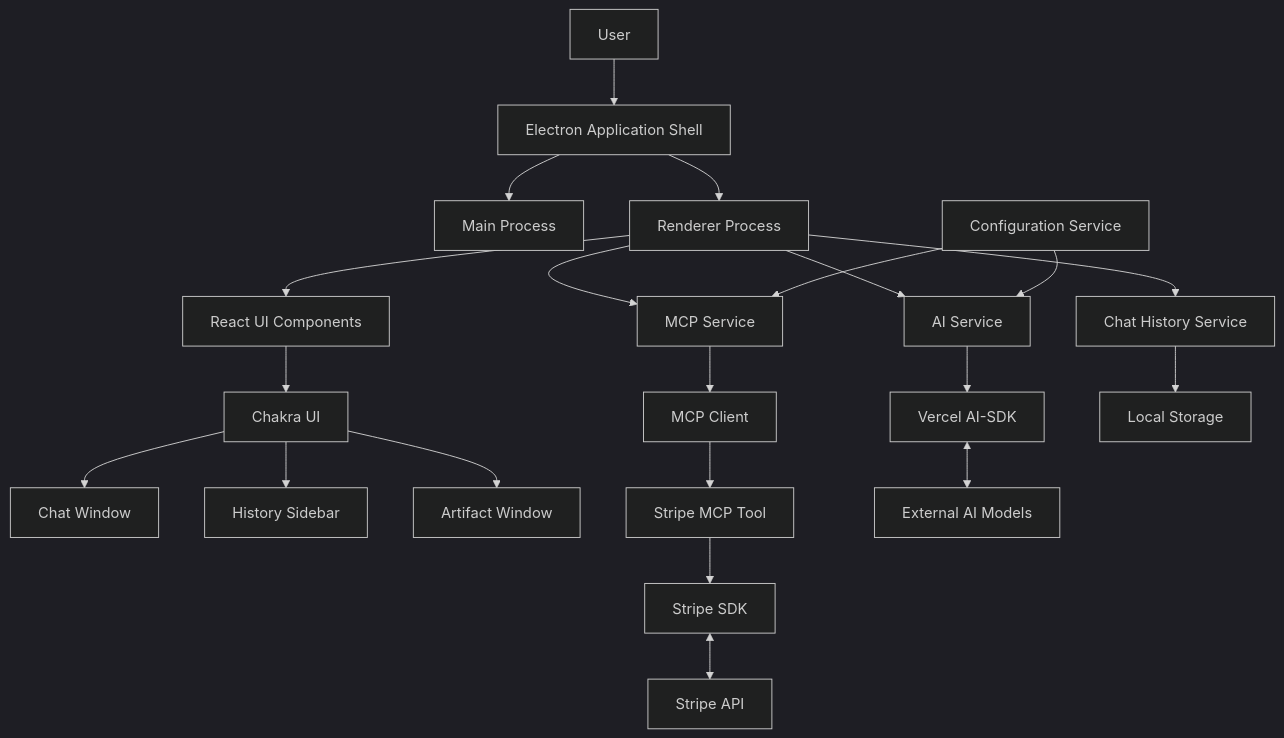
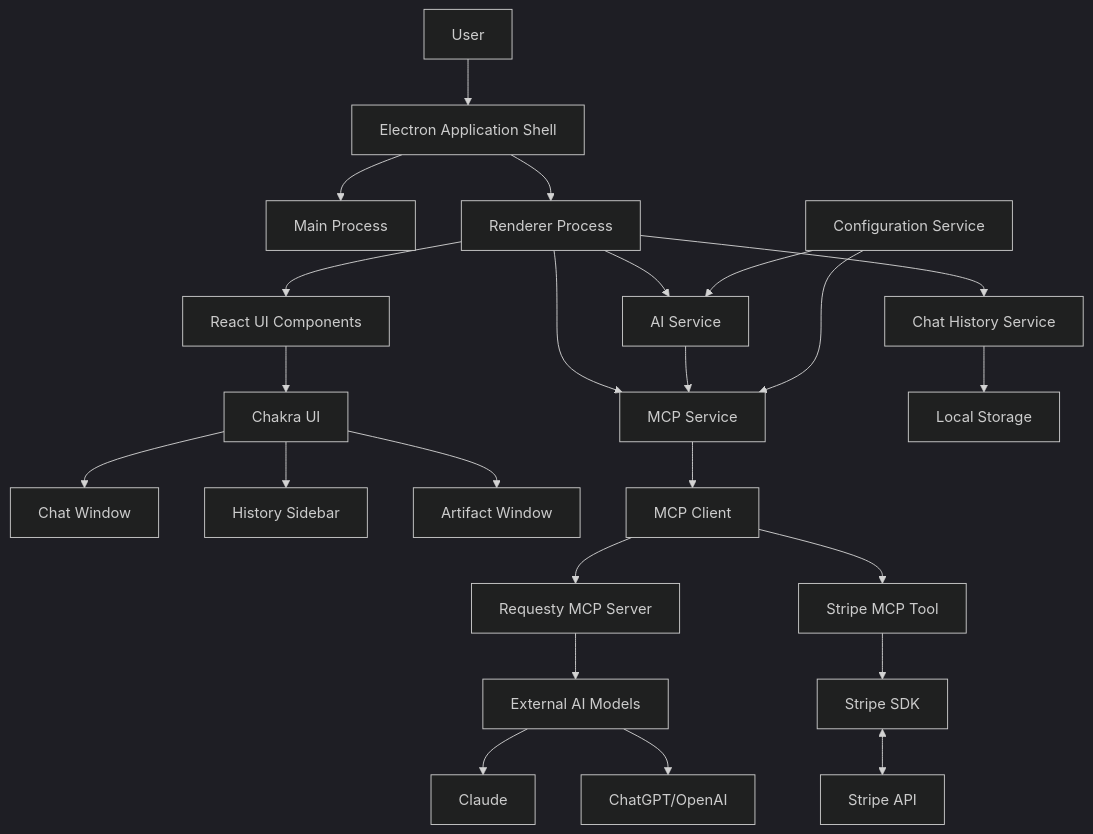
One commit to analytiq-hub/vibestation2 changed the diagram in docs/architecture-index.md. Above: the diagram before and after it, drawn with Mermaid (dark theme). The commit also changed other lines of this file and 1 other file, not shown here.

````diff
--- a/docs/architecture-index.md
+++ b/docs/architecture-index.md
@@ -25,30 +27,34 @@
 ```mermaid
 graph TD
     User[User] --> ElectronShell[Electron Application Shell]
     ElectronShell --> MainProcess[Main Process]
     ElectronShell --> RendererProcess[Renderer Process]
     
     RendererProcess --> ReactUIComponents[React UI Components]
     ReactUIComponents --> ChakraUI[Chakra UI]
     ChakraUI --> ChatWindow[Chat Window]
     ChakraUI --> HistorySidebar[History Sidebar]
     ChakraUI --> ArtifactWindow[Artifact Window]
     
     RendererProcess --> AIService[AI Service]
     RendererProcess --> MCPService[MCP Service]
     RendererProcess --> ChatHistoryService[Chat History Service]
     
-    AIService --> VercelAISDK[Vercel AI-SDK]
+    AIService --> MCPService
     MCPService --> MCPClient[MCP Client]
+    
+    MCPClient --> RequestyMCP[Requesty MCP Server]
+    RequestyMCP --> ExternalAIModels[External AI Models]
     
     MCPClient --> StripeTool[Stripe MCP Tool]
     StripeTool --> StripeSDK[Stripe SDK]
     
     ChatHistoryService --> LocalStorage[Local Storage]
     
-    VercelAISDK <--> ExternalAIModels[External AI Models]
+    ExternalAIModels --> Claude[Claude]
+    ExternalAIModels --> OpenAI[ChatGPT/OpenAI]
     StripeSDK <--> StripeAPI[Stripe API]
     
     ConfigService[Configuration Service] --> AIService
     ConfigService --> MCPService
 ```
````
